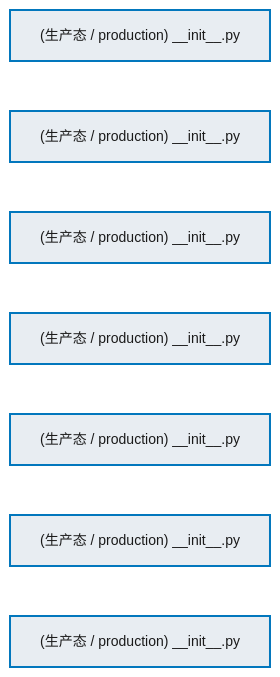
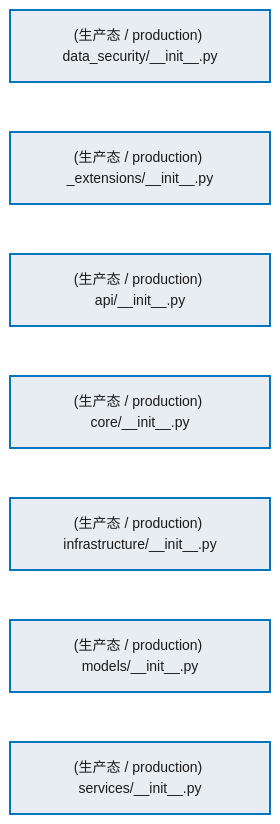
The second of 2 diagrams in docs/02_enterprise_architecture/02_domain_architecture_docs/14_d_data_sec.md (xuanFelixVan/ZephyrAlpha), drawn with Mermaid before and after one commit. The commit also changed other lines of this file and 63 other files, not shown here.

````diff
--- a/docs/02_enterprise_architecture/02_domain_architecture_docs/14_d_data_sec.md
+++ b/docs/02_enterprise_architecture/02_domain_architecture_docs/14_d_data_sec.md
@@ -94,22 +94,22 @@
 ```mermaid
 %%{init: {'theme': 'base', 'themeVariables': {'primaryColor': '#eaeaea', 'primaryTextColor': '#333333', 'primaryBorderColor': '#666666', 'lineColor': '#666666', 'secondaryColor': '#eaeaea', 'tertiaryColor': '#eaeaea', 'fontSize': '14px'}}}%%
 flowchart TD
-    src_zephyr_data_security_init_py["(生产态 / production) __init__.py"]
-    src_zephyr_data_security_extensions_init_py["(生产态 / production) __init__.py"]
-    src_zephyr_data_security_api_init_py["(生产态 / production) __init__.py"]
-    src_zephyr_data_security_core_init_py["(生产态 / production) __init__.py"]
-    src_zephyr_data_security_infrastructure_init_py["(生产态 / production) __init__.py"]
-    src_zephyr_data_security_models_init_py["(生产态 / production) __init__.py"]
-    src_zephyr_data_security_services_init_py["(生产态 / production) __init__.py"]
+    src_zephyr_data_security_init_py["(生产态 / production) data_security/__init__.py"]
+    src_zephyr_data_security_extensions_init_py["(生产态 / production) _extensions/__init__.py"]
+    src_zephyr_data_security_api_init_py["(生产态 / production) api/__init__.py"]
+    src_zephyr_data_security_core_init_py["(生产态 / production) core/__init__.py"]
+    src_zephyr_data_security_infrastructure_init_py["(生产态 / production) infrastructure/__init__.py"]
+    src_zephyr_data_security_models_init_py["(生产态 / production) models/__init__.py"]
+    src_zephyr_data_security_services_init_py["(生产态 / production) services/__init__.py"]
     src_zephyr_data_security_init_py ~~~ src_zephyr_data_security_extensions_init_py
     src_zephyr_data_security_extensions_init_py ~~~ src_zephyr_data_security_api_init_py
     src_zephyr_data_security_api_init_py ~~~ src_zephyr_data_security_core_init_py
     src_zephyr_data_security_core_init_py ~~~ src_zephyr_data_security_infrastructure_init_py
     src_zephyr_data_security_infrastructure_init_py ~~~ src_zephyr_data_security_models_init_py
     src_zephyr_data_security_models_init_py ~~~ src_zephyr_data_security_services_init_py
     classDef production fill:#e8edf2,stroke:#0277bd,stroke-width:2px,color:#1a1a1a
     classDef design fill:#f0ebe3,stroke:#bf360c,stroke-width:2px,color:#1a1a1a,stroke-dasharray: 5 5
     classDef external_prod fill:#e8efe9,stroke:#1b5e20,stroke-width:1px,color:#1a1a1a
     classDef external_design fill:#efe5ea,stroke:#880e4f,stroke-width:1px,color:#1a1a1a,stroke-dasharray: 5 5
     class src_zephyr_data_security_init_py,src_zephyr_data_security_extensions_init_py,src_zephyr_data_security_api_init_py,src_zephyr_data_security_core_init_py,src_zephyr_data_security_infrastructure_init_py,src_zephyr_data_security_models_init_py,src_zephyr_data_security_services_init_py production
 ```
````
